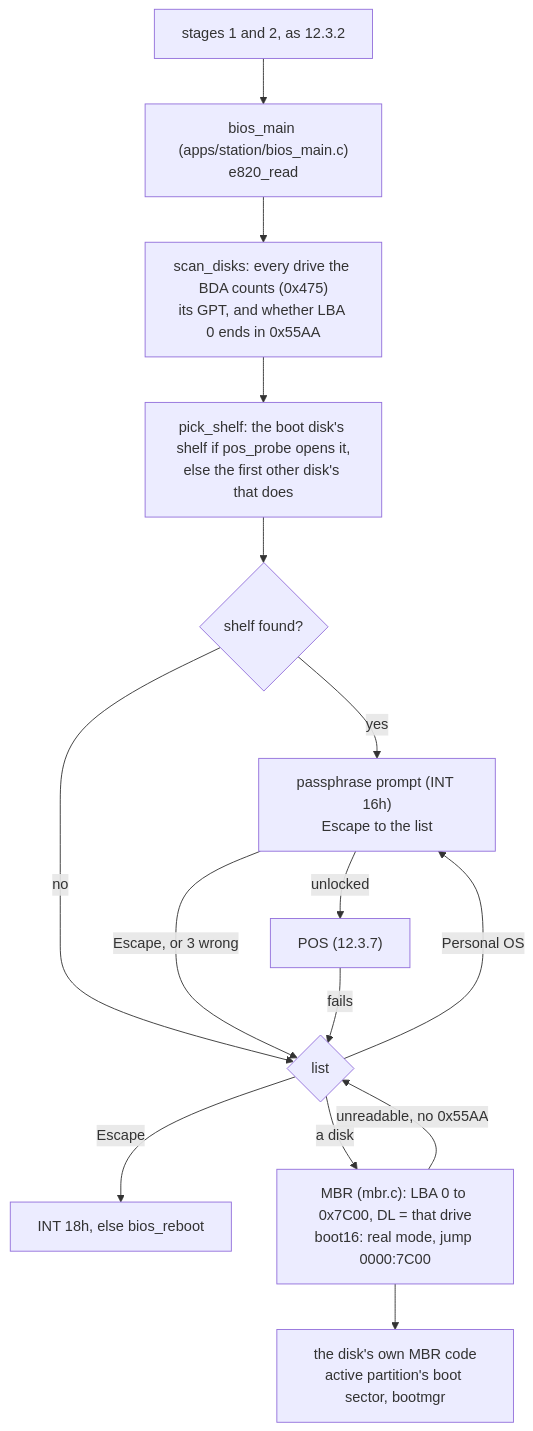
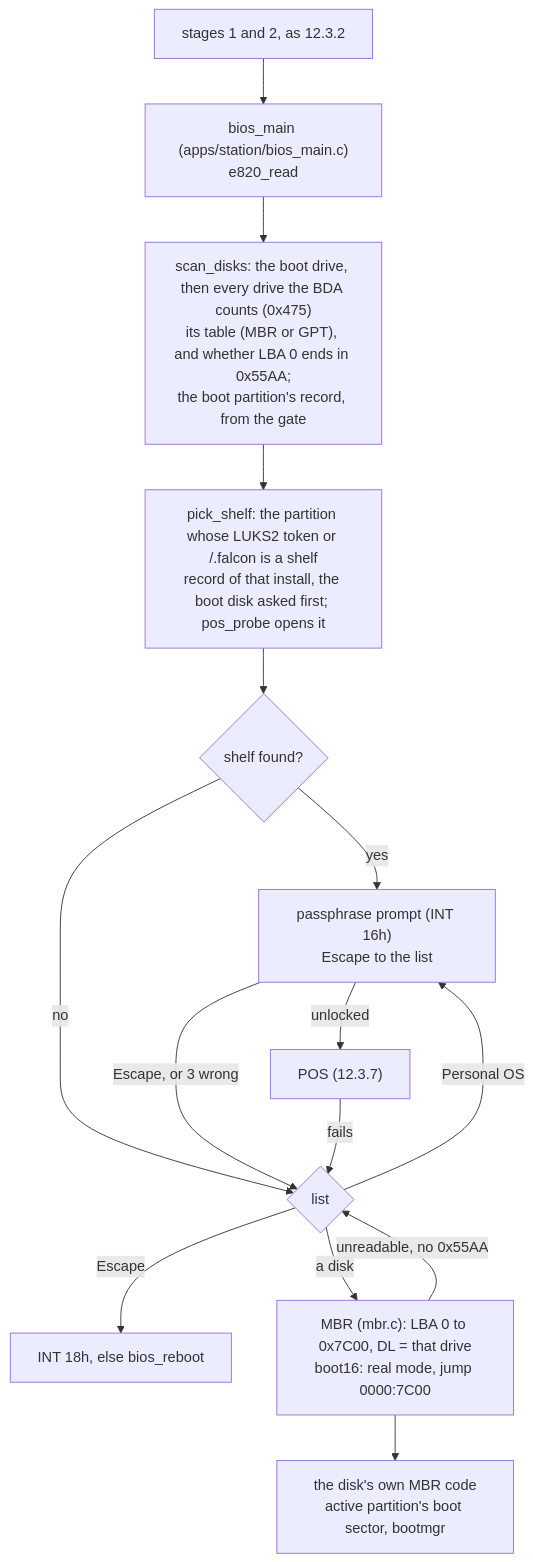
Before and after one commit to vifair22/falcon-boot: diagram 22 of 24 in docs/DESIGN.md, drawn with Mermaid. The commit also changed other lines of this file and 35 other files, not shown here.

First line of the commit message:
Boot BIOS through the single layout: stage 3 and the marker by record

````diff
--- a/docs/DESIGN.md
+++ b/docs/DESIGN.md
@@ -3609,17 +3634,17 @@
 ```mermaid
 flowchart TD
     S12["stages 1 and 2, as 12.3.2"] --> BM["bios_main (apps/station/bios_main.c)<br/>e820_read"]
-    BM --> DSK["scan_disks: every drive the BDA counts (0x475)<br/>its GPT, and whether LBA 0 ends in 0x55AA"]
-    DSK --> P3["pick_shelf: the boot disk's shelf if pos_probe opens it,<br/>else the first other disk's that does"]
+    BM --> DSK["scan_disks: the boot drive, then every drive the BDA counts (0x475)<br/>its table (MBR or GPT), and whether LBA 0 ends in 0x55AA;<br/>the boot partition's record, from the gate"]
+    DSK --> P3["pick_shelf: the partition whose LUKS2 token or /.falcon is a shelf<br/>record of that install, the boot disk asked first; pos_probe opens it"]
     P3 --> SH{"shelf found?"}
     SH -- yes --> PR["passphrase prompt (INT 16h)<br/>Escape to the list"]
     SH -- no --> LIST
     PR -- "unlocked" --> POS["POS (12.3.7)"]
     PR -- "Escape, or 3 wrong" --> LIST{"list"}
     POS -- "fails" --> LIST
     LIST -- "Personal OS" --> PR
     LIST -- "Escape" --> RF["INT 18h, else bios_reboot"]
     LIST -- "a disk" --> MBR["MBR (mbr.c): LBA 0 to 0x7C00, DL = that drive<br/>boot16: real mode, jump 0000:7C00"]
     MBR -- "unreadable, no 0x55AA" --> LIST
     MBR --> WIN["the disk's own MBR code<br/>active partition's boot sector, bootmgr"]
 ```
````
